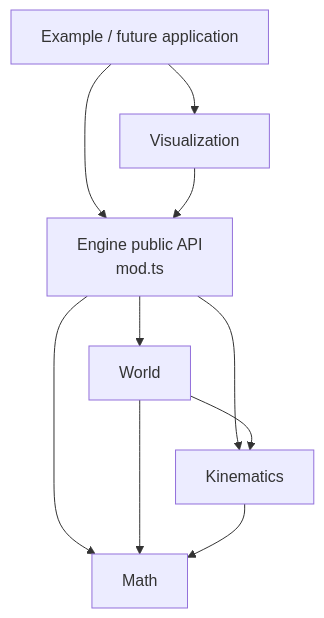
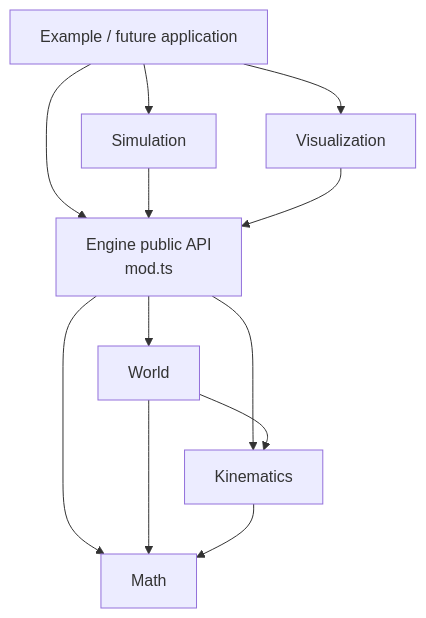
The second of 22 diagrams in docs/architecture/README.md (fa-ribeiro/vLab2D), drawn with Mermaid before and after one commit. The commit also changed other lines of this file and 9 other files, not shown here.

````diff
--- a/docs/architecture/README.md
+++ b/docs/architecture/README.md
@@ -98,23 +107,26 @@
 ```mermaid
 flowchart TD
     EXAMPLE["Example / future application"]
+    SIM["Simulation"]
     VIS["Visualization"]
     API["Engine public API<br/>mod.ts"]
     WORLD["World"]
     KIN["Kinematics"]
     MATH["Math"]
 
+    EXAMPLE --> SIM
     EXAMPLE --> VIS
     EXAMPLE --> API
 
+    SIM --> API
     VIS --> API
 
     API --> WORLD
     API --> KIN
     API --> MATH
 
     WORLD --> KIN
     WORLD --> MATH
 
     KIN --> MATH
 ```
````
